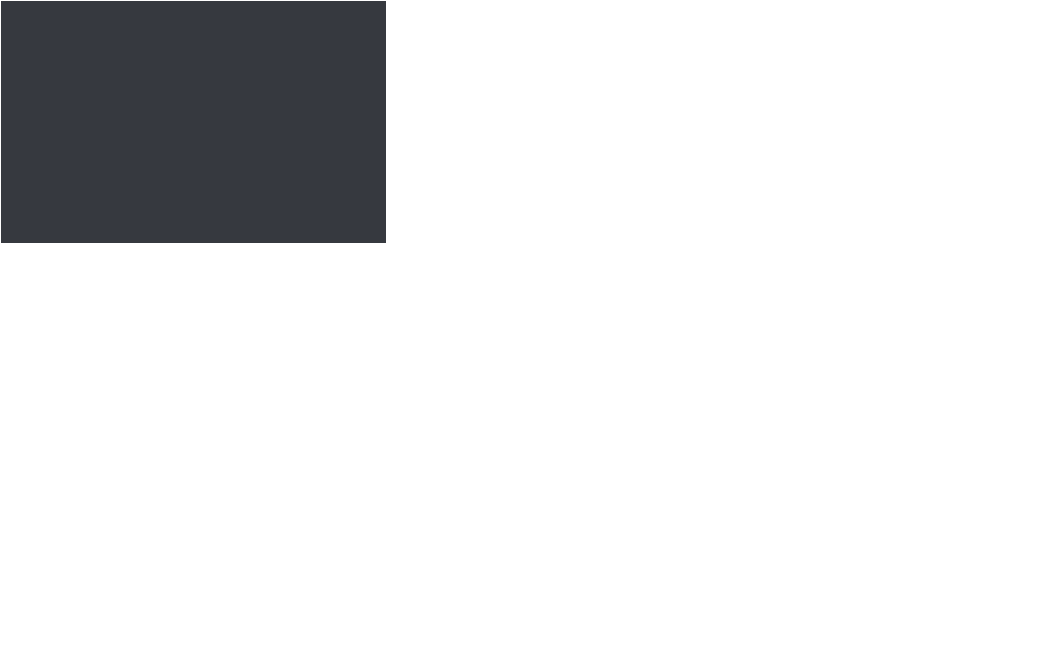
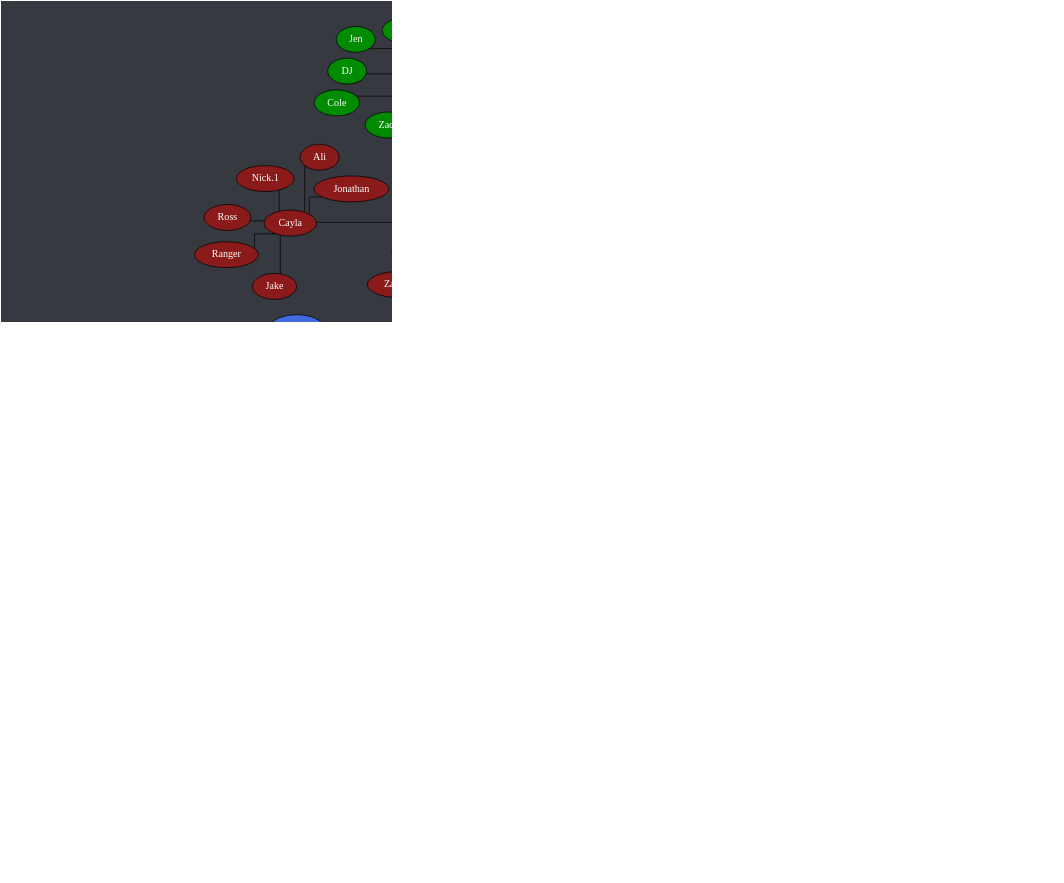
Before and after one commit to Documidas/CoronaCatzFamilyTree: the diagram in tree.dot, drawn with Graphviz. The commit also changed 1 other file, not shown here.

```diff
--- a/tree.dot
+++ b/tree.dot
@@ -1,180 +1,181 @@
 strict graph {
 	// Layout Configuration
 	layout = neato;
 	dpi = 200;
 	epsilon = 0.01;
 	mode = major;
 	model = subset;
 	overlap = false;
 	splines = ortho;
 	start = rand;
 
 	// Visual Configuration
 	graph [ truecolor=true bgcolor="#36393f" ];
 	node [ style=filled fillcolor="gray" fontcolor="black" ];
 
 	subgraph "Joel" {
 		node [ style=filled fillcolor="firebrick4" fontcolor="white" ];
 		Joel [ style=filled fillcolor="gold" fontcolor="black" ];
 
 		Cayla -- Ali;
 		Cayla -- Jake;
 		Cayla -- Jonathan;
 		Cayla -- "Nick.1";
 		Cayla -- Ranger;
 		Cayla -- Ross;
 		Joel -- Anders;
 		Joel -- Austin;
 		Joel -- Cayla;
 		Joel -- Jared;
 		Joel -- Patrick;
 		Joel -- Steven;
 		Joel -- Zachry;
 		Zachry -- Syd;
 	}
 
 	subgraph "Anders" {
 		node [ style=filled fillcolor="green4" fontcolor="white" ];
 		// Anders [ style=filled fillcolor="green4" fontcolor="white" ];
 
 		Anders -- Chiara;
 		Anders -- "Cody.1";
 		Anders -- Cole;
 		Anders -- Daniel;
 		Anders -- Derek;
 		Anders -- DJ;
 		Anders -- Jen;
 		Anders -- "Matt.2";
 		Anders -- Solis;
 		Anders -- Wyatt;
 		Anders -- Viwat;
 		Anders -- "Zach.0";
 		Anders -- Zack;
 	}
 
 	subgraph "Jared" {
 		node [ style=filled fillcolor="royalblue" fontcolor="black" ];
 		// Jared [ style=filled fillcolor="royalblue" fontcolor="black" ];
 
 		Aly -- "Nick.2";
 		America -- "Kat.2";
 		Brandi -- Justine;
 		"Bryan.1" -- "Brandon.2";
 		"Bryan.1" -- "Cody.2";
 		"Bryan.1" -- Lori;
 		"Bryan.1" -- "Matt.3";
 		"Bryan.1" -- Nebtune;
 		Donnie -- Aiyo;
 		Donnie -- "Alex.2";
 		Donnie -- Aresty;
 		Donnie -- "Bryan.1";
 		Donnie -- Hua;
 		Donnie -- Mello;
 		Donnie -- Mia;
 		Donnie -- Mimi;
 		Donnie -- Moon;
 		Donnie -- "Nick.2";
 		Donnie -- Naomi;
 		Donnie -- Serge;
 		Donnie -- Vala;
 		Gaby -- "Chris.2";
 		Lori -- "Brandon.1";
 		Jared -- Alexander;
 		Jared -- Ben;
 		Jared -- Brandi;
 		Jared -- "Carter-1.0";
 		Jared -- Chad;
 		Jared -- Dave;
 		Jared -- Donnie;
 		Jared -- Em;
 		Jared -- Fabi;
 		Jared -- Frank;
 		Jared -- Hannah;
 		Jared -- "John Boi";
 		Jared -- "Josh.2";
 		Jared -- Mason;
 		Jared -- "Matt.1";
 		Jared -- Mehmet;
 		Jared -- Nam;
 		Jared -- Pixie;
 		Jared -- Spencer;
 		Jared -- Tyler;
 		Jared -- "Zach/Laniakea";
 		Jared -- Zoe;
 		"John Boi" -- Hardie;
 		Mimi -- Hia;
 		Moon -- "Brandon.3";
 		Tyler -- Aly;
 		Tyler -- "Alex.3";
 		Tyler -- America;
 		Tyler -- "Bryan.2";
 		Tyler -- Gaby;
 		Zoe -- Aiden;
 	}
 
 	subgraph "Zach/Laniakea" {
 		node [ style=filled fillcolor="#4eff2c" fontcolor="black" ];
 		// "Zach/Laniakea" [ style=filled fillcolor="#4eff2c" fontcolor="black" ];
 
 		"Caio.2" -- "Kyle.1";
 		"Caio.2" -- Lucas;
 		"Ryan/Des" -- Marcus;
 		"Zach/Laniakea" -- "Caio.2";
 		"Zach/Laniakea" -- John;
 		"Zach/Laniakea" -- "Logan.1";
 		"Zach/Laniakea" -- Kevin;
 		"Zach/Laniakea" -- Kody;
 		"Zach/Laniakea" -- "Kyle.0";
 		"Zach/Laniakea" -- Mike;
 		"Zach/Laniakea" -- "Ryan/Des";
 		"Zach/Laniakea" -- "Ryan/Wenger";
 	}
 
 	subgraph "John" {
 		node [ style=filled fillcolor="#c89b3c" fontcolor="black" ];
 		// John [ style=filled fillcolor="#c89b3c" fontcolor="black" ];
 
 		Jay -- "Logan.2";
 		John -- Anna;
 		John -- Emily;
 		John -- Haber;
 		John -- Jay;
 		John -- "Jack.1";
 		John -- Lara;
 		John -- "Thomas.1";
 	}
 
 	subgraph "Thomas.1" {
 		node [ style=filled fillcolor="#b04900" fontcolor="black" ];
 		// "Thomas.1" [ style=filled fillcolor="#b04900" fontcolor="black" ];
 
 		"Da'Von" -- Dalton;
 		"Da'Von" -- Jon;
 		"Da'Von" -- Karma;
 		"Da'Von" -- Zeller;
 		Dalton -- "Carter.2";
 		"Thomas.1" -- Alex;
 		"Thomas.1" -- "Da'Von";
 		"Thomas.1" -- Dre;
 		"Thomas.1" -- "Josh.1";
 		"Thomas.1" -- "Tony.1";
 	}
 
 	subgraph "Alex" {
 		node [ style=filled fillcolor="#6f2da8" fontcolor="white" ];
 		// Alex [ style=filled fillcolor="#6f2da8" fontcolor="black" ];
 
 		Alex -- "Alex/Blitt";
 		Alex -- Sam;
 		"Alex/Blitt" -- Brian;
 		"Alex/Blitt" -- Dan;
 		"Alex/Blitt" -- Gabriel;
 		"Alex/Blitt" -- Joey;
 		"Alex/Blitt" -- "Kyle.3";
 		"Alex/Blitt" -- Mikael;
 		"Alex/Blitt" -- Nathan;
 		"Alex/Blitt" -- Nolan;
 		"Alex/Blitt" -- "Ryan.1";
+		Gabriel -- Rin;
 		Gabriel -- "Ryan.2";
 	}
 }
```
